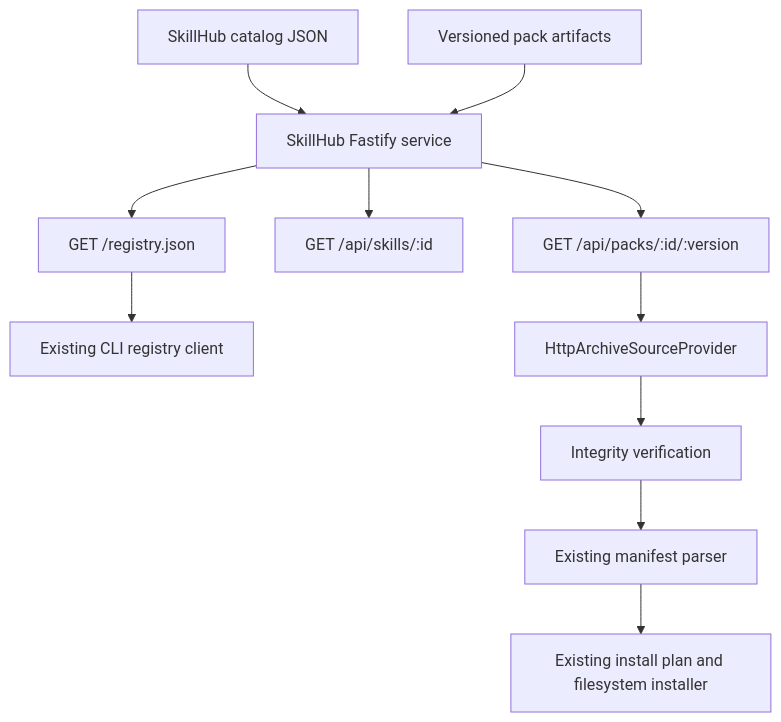
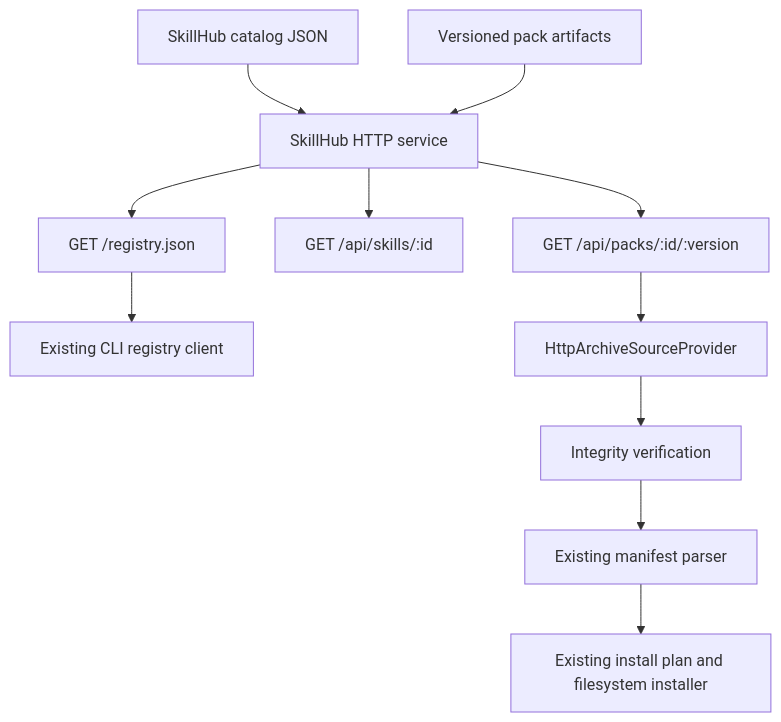
Before and after one commit to SeasonTemple/refpack: the first of 2 diagrams in docs/plans/2026-04-27-002-feat-skillhub-mvp-plan.md, drawn with Mermaid. The commit also changed other lines of this file and 36 other files, not shown here.

````diff
--- a/docs/plans/2026-04-27-002-feat-skillhub-mvp-plan.md
+++ b/docs/plans/2026-04-27-002-feat-skillhub-mvp-plan.md
@@ -118,13 +118,13 @@
 ```mermaid
 flowchart TB
-  Catalog[SkillHub catalog JSON] --> Hub[SkillHub Fastify service]
+  Catalog[SkillHub catalog JSON] --> Hub[SkillHub HTTP service]
   Artifacts[Versioned pack artifacts] --> Hub
   Hub --> Registry[GET /registry.json]
   Hub --> Detail[GET /api/skills/:id]
   Hub --> Download[GET /api/packs/:id/:version]
   Registry --> CLI[Existing CLI registry client]
   Download --> Source[HttpArchiveSourceProvider]
   Source --> Integrity[Integrity verification]
   Integrity --> Manifest[Existing manifest parser]
   Manifest --> Install[Existing install plan and filesystem installer]
 ```
````
